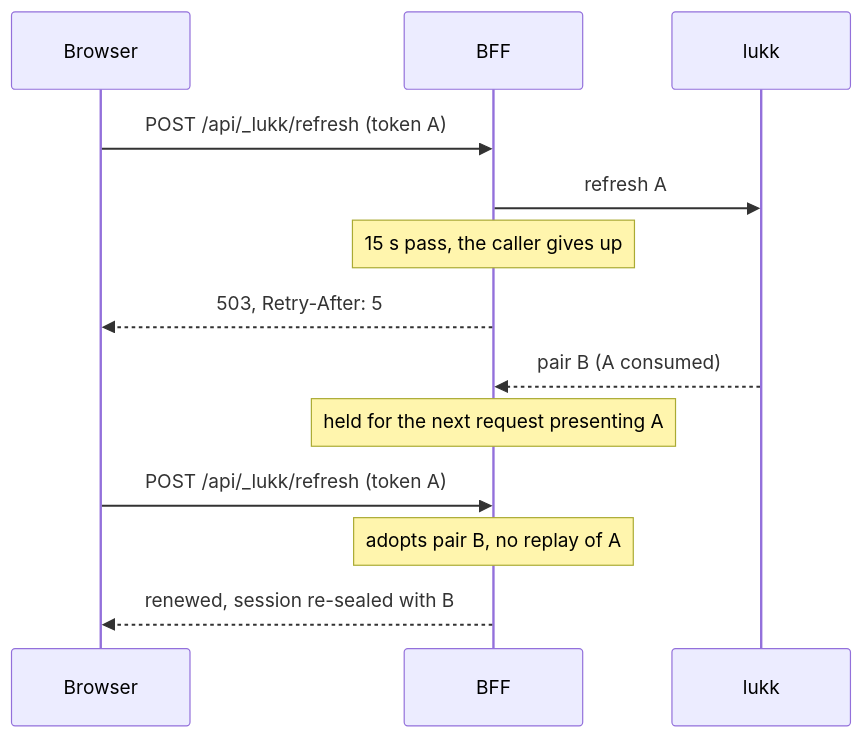
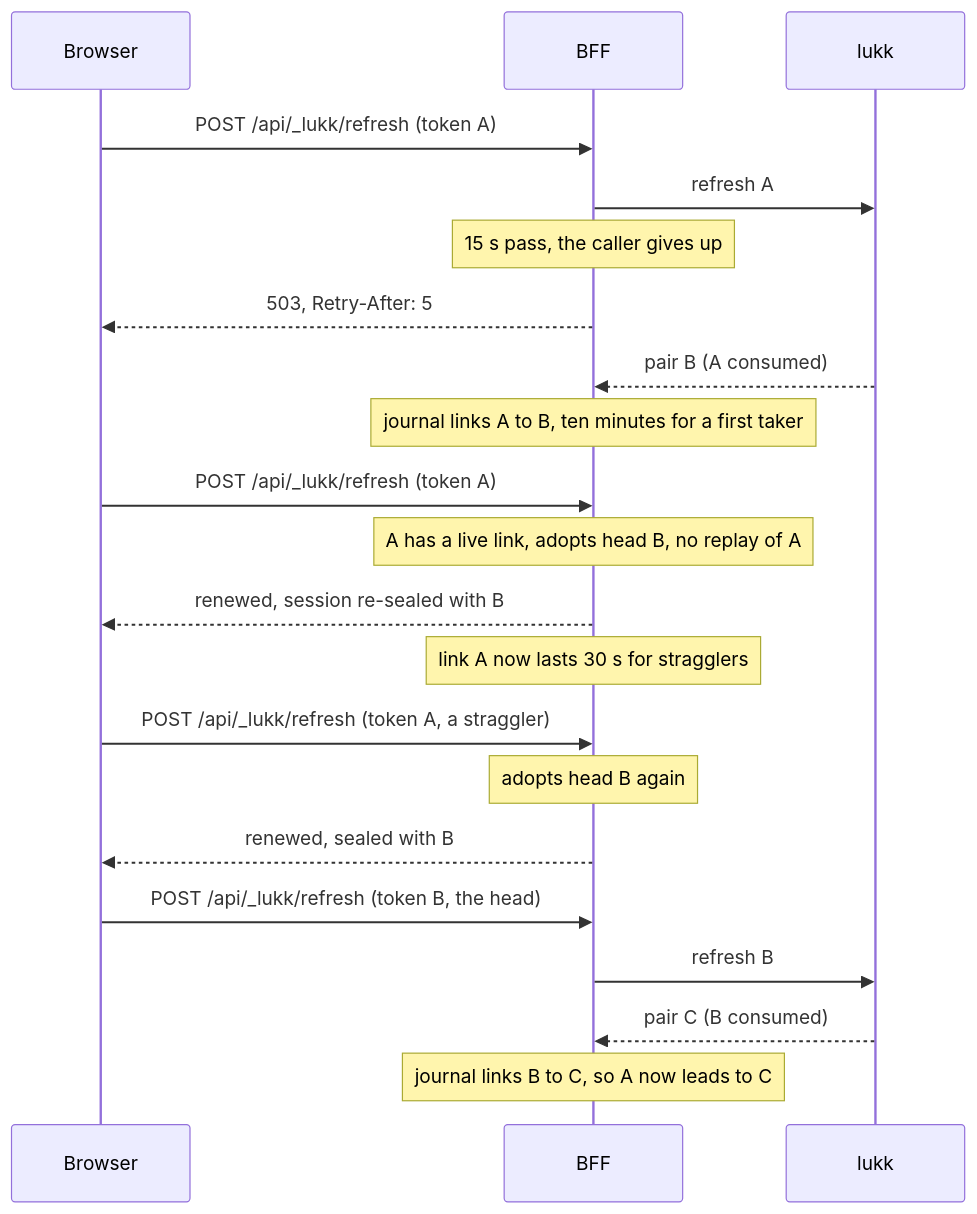
Before and after one commit to stsepelin/lukk-docs: the third of 3 diagrams in docs/transport-modes.md, drawn with Mermaid. The commit also changed other lines of this file and 5 other files, not shown here.

Commit message:
docs: describe the rotation journal that replaced the held refresh, and its deliberate deviation

````diff
--- a/docs/transport-modes.md
+++ b/docs/transport-modes.md
@@ -81,15 +84,23 @@
 ```mermaid
 sequenceDiagram
     participant B as Browser
     participant P as BFF
     participant L as lukk
     B->>P: POST /api/_lukk/refresh (token A)
     P->>L: refresh A
     Note over P: 15 s pass, the caller gives up
     P-->>B: 503, Retry-After: 5
     L-->>P: pair B (A consumed)
-    Note over P: held for the next request presenting A
+    Note over P: journal links A to B, ten minutes for a first taker
     B->>P: POST /api/_lukk/refresh (token A)
-    Note over P: adopts pair B, no replay of A
+    Note over P: A has a live link, adopts head B, no replay of A
     P-->>B: renewed, session re-sealed with B
+    Note over P: link A now lasts 30 s for stragglers
+    B->>P: POST /api/_lukk/refresh (token A, a straggler)
+    Note over P: adopts head B again
+    P-->>B: renewed, sealed with B
+    B->>P: POST /api/_lukk/refresh (token B, the head)
+    P->>L: refresh B
+    L-->>P: pair C (B consumed)
+    Note over P: journal links B to C, so A now leads to C
 ```
````
